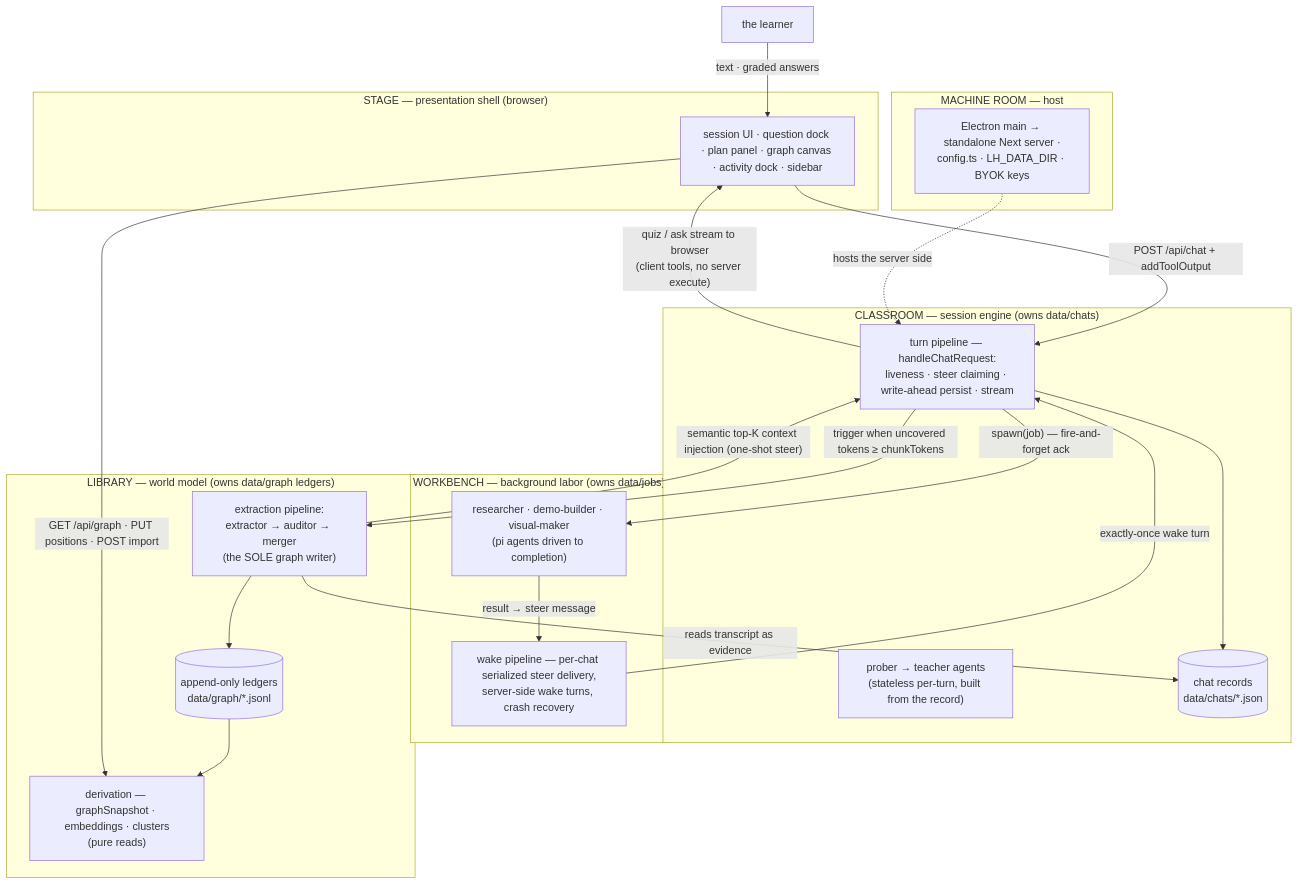
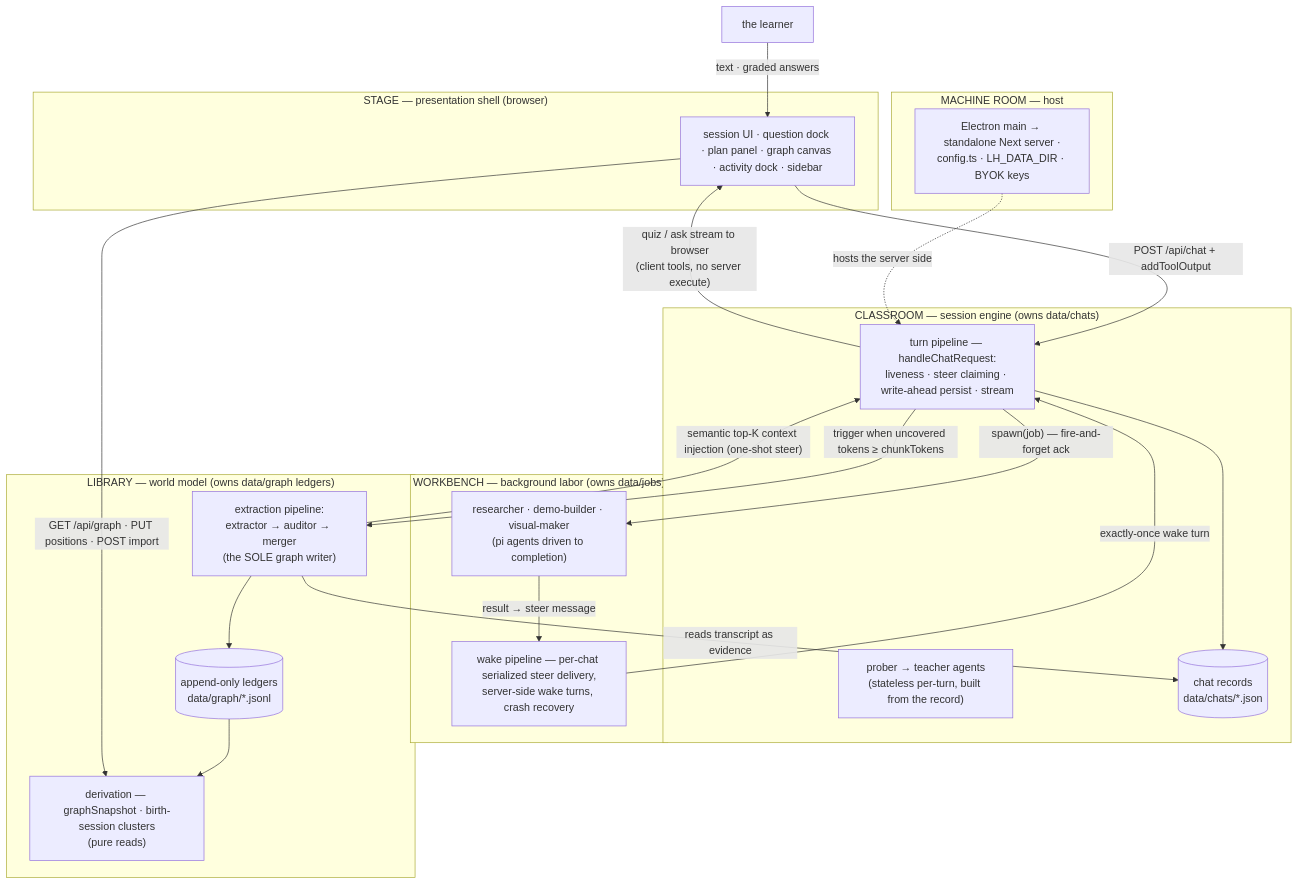
The diagram in README.md (0xCUB3/learnharness), drawn with Mermaid before and after one commit. The commit also changed other lines of this file and 4 other files, not shown here.

````diff
--- a/README.md
+++ b/README.md
@@ -52,44 +51,44 @@
 ```mermaid
 flowchart TB
     LEARNER["the learner"]
 
     subgraph STAGE["STAGE — presentation shell (browser)"]
         UI["session UI · question dock · plan panel · graph canvas · activity dock · sidebar"]
     end
 
     subgraph CLASSROOM["CLASSROOM — session engine (owns data/chats)"]
         TURN["turn pipeline — handleChatRequest:<br/>liveness · steer claiming · write-ahead persist · stream"]
         AGENTS["prober → teacher agents<br/>(stateless per-turn, built from the record)"]
         CHATDATA[("chat records<br/>data/chats/*.json")]
     end
 
     subgraph WORKBENCH["WORKBENCH — background labor (owns data/jobs)"]
         SUBS["researcher · demo-builder · visual-maker<br/>(pi agents driven to completion)"]
         WAKE["wake pipeline — per-chat serialized steer delivery,<br/>server-side wake turns, crash recovery"]
     end
 
     subgraph LIBRARY["LIBRARY — world model (owns data/graph ledgers)"]
         EXTRACT["extraction pipeline:<br/>extractor → auditor → merger<br/>(the SOLE graph writer)"]
-        DERIVE["derivation — graphSnapshot · embeddings · clusters<br/>(pure reads)"]
+        DERIVE["derivation — graphSnapshot · birth-session clusters<br/>(pure reads)"]
         LEDG[("append-only ledgers<br/>data/graph/*.jsonl")]
     end
 
     subgraph ROOM["MACHINE ROOM — host"]
         HOST["Electron main → standalone Next server ·<br/>config.ts · LH_DATA_DIR · BYOK keys"]
     end
 
     LEARNER -->|"text · graded answers"| UI
     UI -->|"POST /api/chat + addToolOutput"| TURN
     TURN -->|"quiz / ask stream to browser<br/>(client tools, no server execute)"| UI
     TURN --> CHATDATA
     TURN -->|"spawn(job) — fire-and-forget ack"| SUBS
     SUBS -->|"result → steer message"| WAKE
     WAKE -->|"exactly-once wake turn"| TURN
     TURN -->|"trigger when uncovered tokens ≥ chunkTokens"| EXTRACT
     EXTRACT -->|"reads transcript as evidence"| CHATDATA
     EXTRACT --> LEDG
     EXTRACT -->|"semantic top-K context injection (one-shot steer)"| TURN
     LEDG --> DERIVE
     UI -->|"GET /api/graph · PUT positions · POST import"| DERIVE
     HOST -.->|"hosts the server side"| TURN
 ```
````
